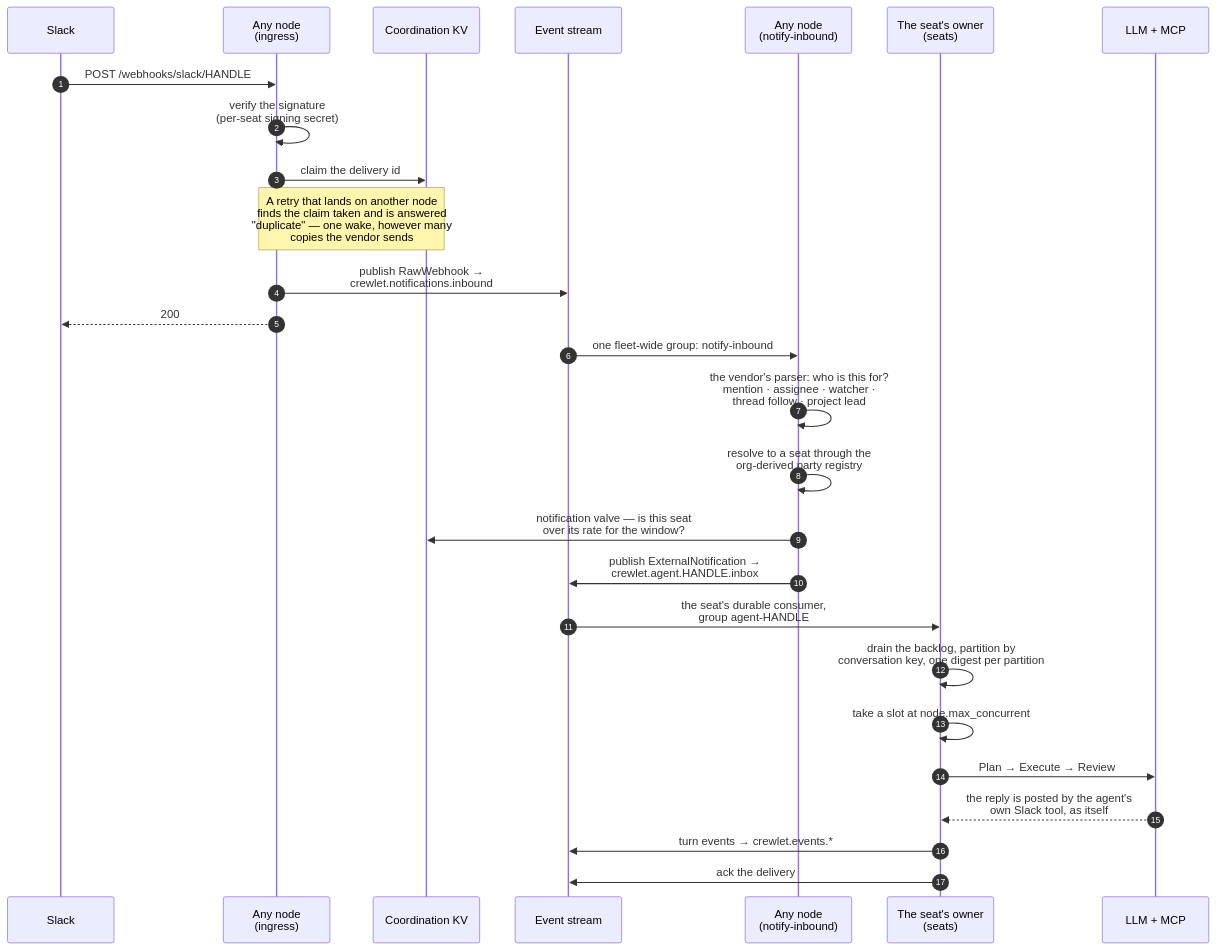
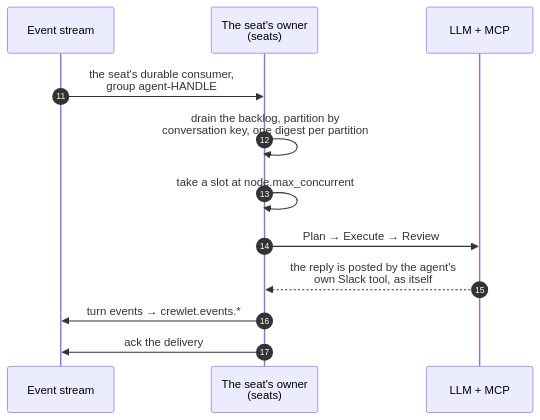
One commit to crewlet/crewlet changed the seventh of 10 diagrams in docs/concepts/architecture.md. Above: the diagram before and after it, drawn with Mermaid. The commit also changed other lines of this file, not shown here.

````diff
--- a/docs/concepts/architecture.md
+++ b/docs/concepts/architecture.md
@@ -242,30 +317,15 @@
 ```mermaid
 sequenceDiagram
-    autonumber
-    participant V as Slack
-    participant I as Any node<br/>(ingress)
-    participant KV as Coordination KV
+    autonumber 11
     participant S as Event stream
-    participant R as Any node<br/>(notify-inbound)
     participant O as The seat's owner<br/>(seats)
     participant M as LLM + MCP
 
-    V->>I: POST /webhooks/slack/HANDLE
-    I->>I: verify the signature<br/>(per-seat signing secret)
-    I->>KV: claim the delivery id
-    Note over I,KV: A retry that lands on another node<br/>finds the claim taken and is answered<br/>"duplicate" — one wake, however many<br/>copies the vendor sends
-    I->>S: publish RawWebhook →<br/>crewlet.notifications.inbound
-    I-->>V: 200
-    S->>R: one fleet-wide group: notify-inbound
-    R->>R: the vendor's parser: who is this for?<br/>mention · assignee · watcher ·<br/>thread follow · project lead
-    R->>R: resolve to a seat through the<br/>org-derived party registry
-    R->>KV: notification valve — is this seat<br/>over its rate for the window?
-    R->>S: publish ExternalNotification →<br/>crewlet.agent.HANDLE.inbox
     S->>O: the seat's durable consumer,<br/>group agent-HANDLE
     O->>O: drain the backlog, partition by<br/>conversation key, one digest per partition
     O->>O: take a slot at node.max_concurrent
     O->>M: Plan → Execute → Review
     M-->>O: the reply is posted by the agent's<br/>own Slack tool, as itself
     O->>S: turn events → crewlet.events.*
     O->>S: ack the delivery
 ```
````
